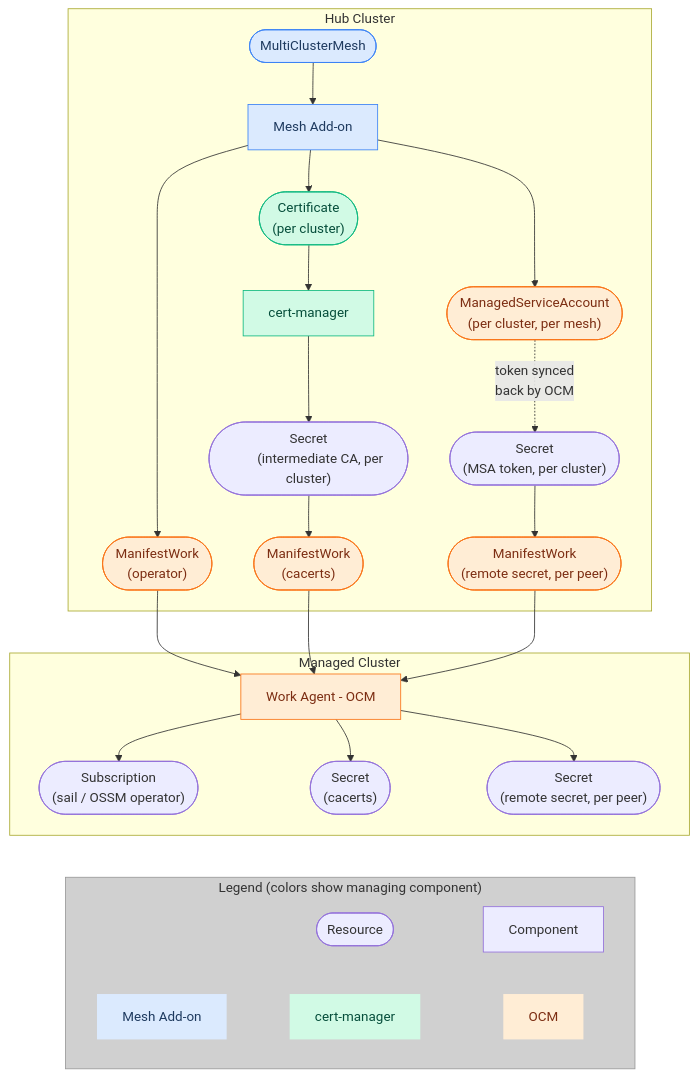
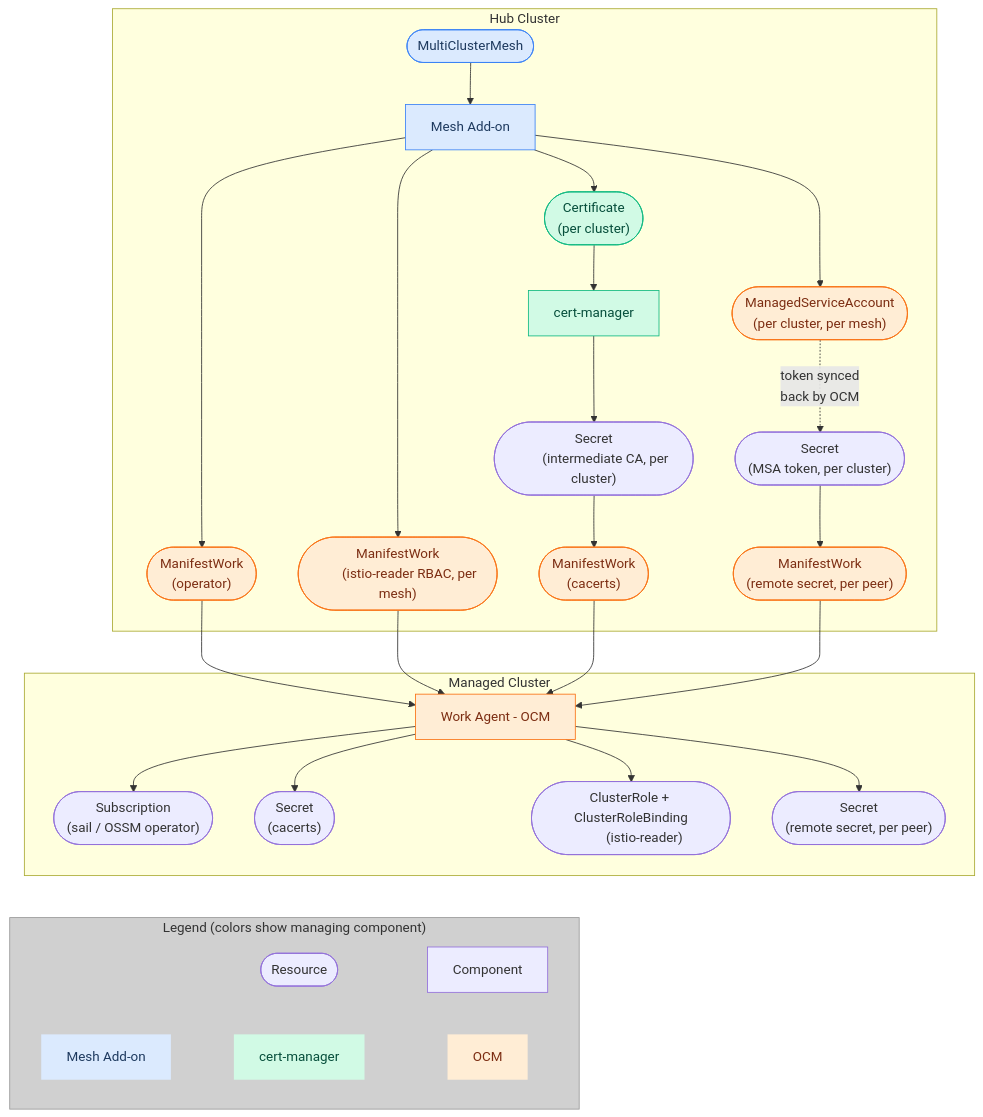
Before and after one commit to sridhargaddam/multicluster-mesh-addon: the diagram in docs/dev/design.md, drawn with Mermaid. The commit also changed other lines of this file and 3 other files, not shown here.

````diff
--- a/docs/dev/design.md
+++ b/docs/dev/design.md
@@ -40,61 +40,66 @@
 ```mermaid
 flowchart TD
     subgraph Hub Cluster
         mesh([MultiClusterMesh]) --> addon[Mesh Add-on]
         addon --> cert(["Certificate
         (per cluster)"])
         cert --> certmanager[cert-manager]
         addon --> msa(["ManagedServiceAccount
         (per cluster, per mesh)"])
         certmanager --> casecret(["Secret
         (intermediate CA, per cluster)"])
         msa -.->|"token synced
         back by OCM"| tokensecret(["Secret
         (MSA token, per cluster)"])
         addon --> mw_operator(["ManifestWork
         (operator)"])
+        addon --> mw_reader(["ManifestWork
+        (istio-reader RBAC, per mesh)"])
         casecret --> mw_cacerts(["ManifestWork
         (cacerts)"])
         tokensecret --> mw_remote(["ManifestWork
         (remote secret, per peer)"])
     end
 
     subgraph Managed Cluster
         agent[Work Agent - OCM] --> subscription(["Subscription
         (sail / OSSM operator)"])
         agent --> cacerts(["Secret
         (cacerts)"])
+        agent --> reader_rbac(["ClusterRole + ClusterRoleBinding
+        (istio-reader)"])
         agent --> remotesecret(["Secret
         (remote secret, per peer)"])
     end
 
     mw_operator --> agent
+    mw_reader --> agent
     mw_cacerts --> agent
     mw_remote --> agent
 
     subgraph Legend[Legend #40;colors show managing component#41;]
         L1([Resource]) ~~~ L2[Component]
         C1[Mesh Add-on]:::addon ~~~ C2[cert-manager]:::certmgr ~~~ C3[OCM]:::ocm
     end
 
     %% fake link to make legend centered
     cacerts ~~~ Legend
 
     style Legend fill:#d0d0d0,stroke:#999,color:#333
     style C1 stroke:none
     style C2 stroke:none
     style C3 stroke:none
 
     %% Mesh Add-on managed (blue)
     classDef addon fill:#dbeafe,stroke:#3b82f6,color:#1e3a5f
     class addon,mesh addon
 
     %% cert-manager managed (green)
     classDef certmgr fill:#d1fae5,stroke:#10b981,color:#064e3b
     class certmanager,cert certmgr
 
     %% OCM managed (orange)
     classDef ocm fill:#ffedd5,stroke:#f97316,color:#7c2d12
-    class agent,msa,mw_operator,mw_cacerts,mw_remote ocm
+    class agent,msa,mw_operator,mw_reader,mw_cacerts,mw_remote ocm
 
 ```
````
